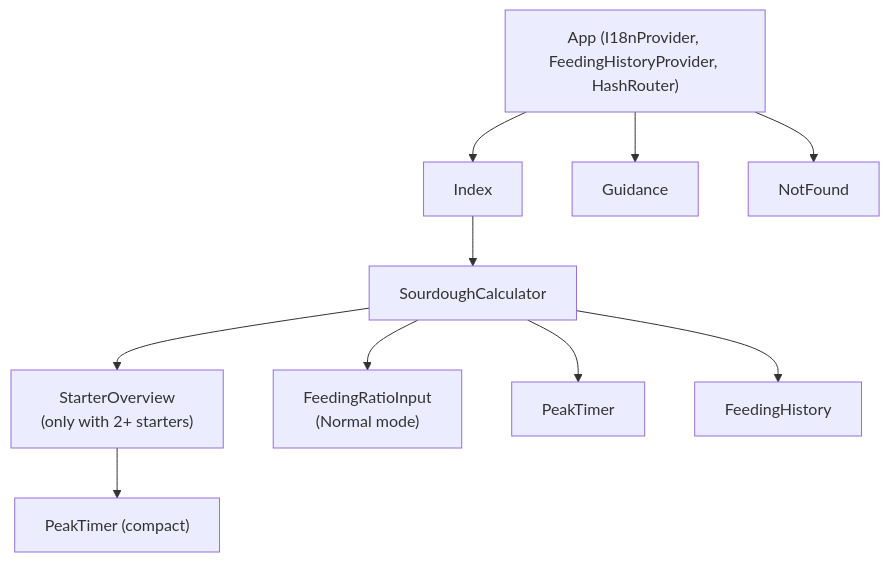
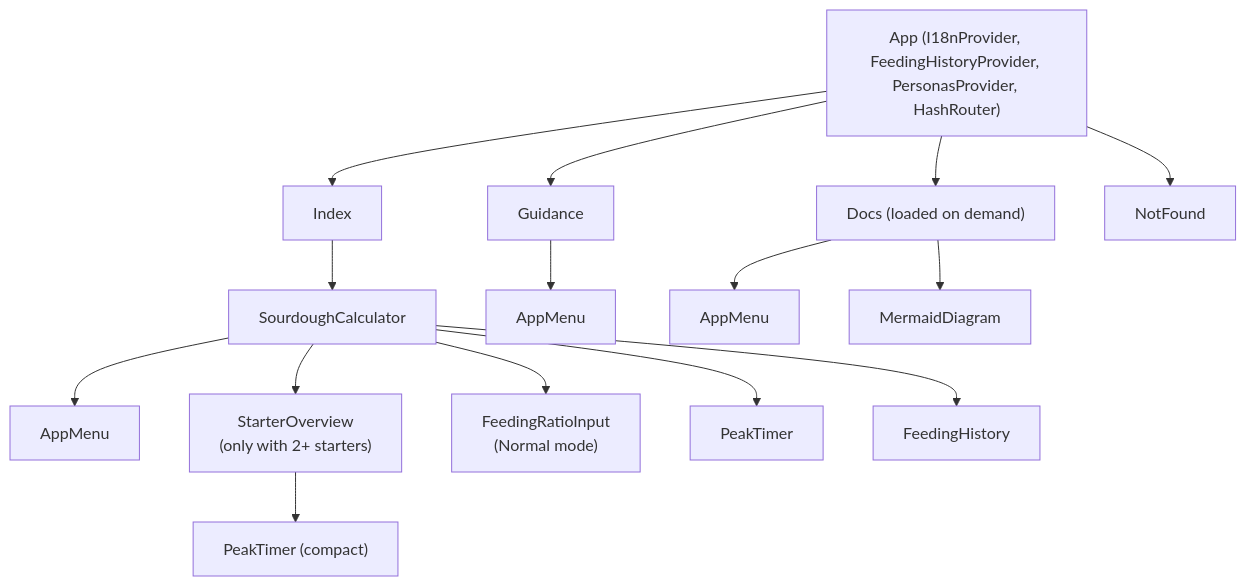
One commit to bendfeldt/sourdoughpeakplanner-ff7502f5 changed the second of 3 diagrams in docs/architecture.md. Above: the diagram before and after it, drawn with Mermaid. The commit also changed other lines of this file and 20 other files, not shown here.

````diff
--- a/docs/architecture.md
+++ b/docs/architecture.md
@@ -90,12 +96,17 @@
 ```mermaid
 flowchart TB
-    App["App (I18nProvider, FeedingHistoryProvider, HashRouter)"] --> Index
+    App["App (I18nProvider, FeedingHistoryProvider, PersonasProvider, HashRouter)"] --> Index
     App --> Guidance
+    App --> Docs["Docs (loaded on demand)"]
     App --> NotFound
     Index --> SC["SourdoughCalculator"]
+    SC --> Menu["AppMenu"]
+    Guidance --> Menu2["AppMenu"]
+    Docs --> Menu3["AppMenu"]
+    Docs --> MD["MermaidDiagram"]
     SC --> SO["StarterOverview<br/>(only with 2+ starters)"]
     SC --> FRI["FeedingRatioInput<br/>(Normal mode)"]
     SC --> PT["PeakTimer"]
     SC --> FH["FeedingHistory"]
     SO --> PT2["PeakTimer (compact)"]
 ```
````
